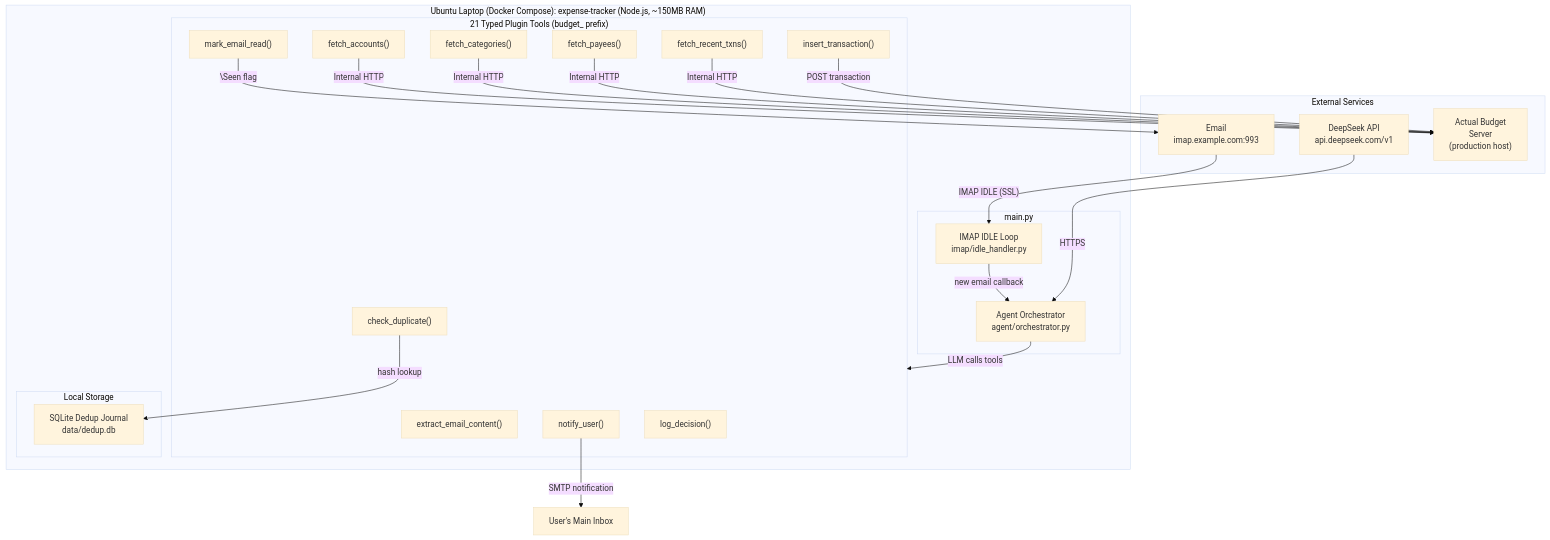
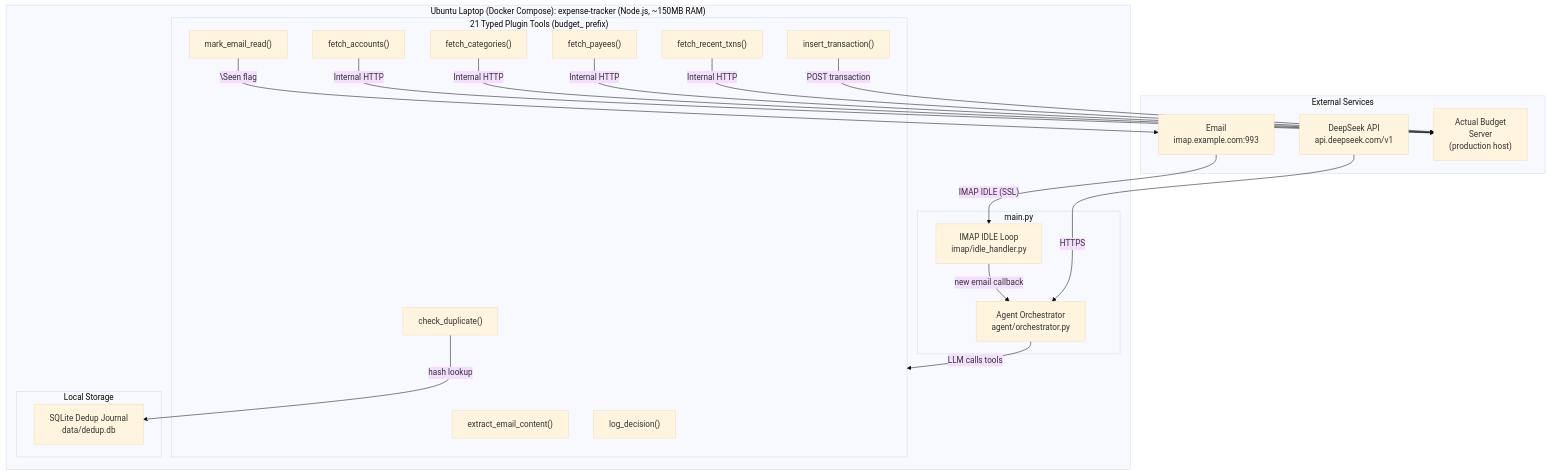
One commit to darrencjh8/darren-openclaw changed the first of 10 diagrams in design.md. Above: the diagram before and after it, drawn with Mermaid (base theme). The commit also changed other lines of this file and 21 other files, not shown here.

````diff
--- a/design.md
+++ b/design.md
@@ -125,43 +125,41 @@
 ```mermaid
 graph TB
     subgraph External["External Services"]
         EmailSvc["Email<br/>imap.example.com:993"]
         DeepSeek["DeepSeek API<br/>api.deepseek.com/v1"]
          AB["Actual Budget<br/>Server<br/>(production host)"]
     end
 
     subgraph OpenClaw["Ubuntu Laptop (Docker Compose): expense-tracker (Node.js, ~150MB RAM)"]
         subgraph Main["main.py"]
             IMAP["IMAP IDLE Loop<br/>imap/idle_handler.py"]
             Orch["Agent Orchestrator<br/>agent/orchestrator.py"]
             IMAP -->|"new email callback"| Orch
         end
 
         subgraph Tools["21 Typed Plugin Tools (budget_ prefix)"]
             T1["extract_email_content()"]
             T2["fetch_accounts()"]
             T3["fetch_categories()"]
             T4["fetch_payees()"]
             T5["fetch_recent_txns()"]
             T6["insert_transaction()"]
             T7["check_duplicate()"]
             T8["mark_email_read()"]
-            T9["notify_user()"]
-            T10["log_decision()"]
+            T9["log_decision()"]
         end
 
         Orch -->|"LLM calls tools"| Tools
 
         subgraph Storage["Local Storage"]
             SQLite["SQLite Dedup Journal<br/>data/dedup.db"]
         end
     end
 
     EmailSvc -->|"IMAP IDLE (SSL)"| IMAP
     DeepSeek -->|"HTTPS"| Orch
     T2 & T3 & T4 & T5 -->|"Internal HTTP"| AB
     T6 -->|"POST transaction"| AB
     T7 -->|"hash lookup"| SQLite
     T8 -->|"\Seen flag"| EmailSvc
-    T9 -->|"SMTP notification"| User["User's Main Inbox"]
 ```
````
